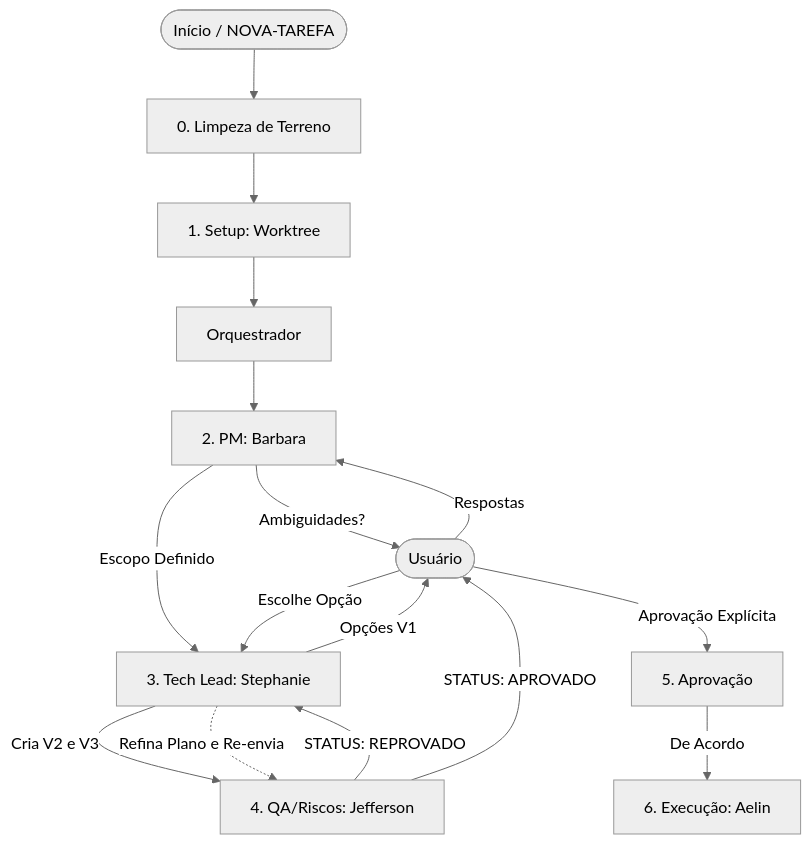
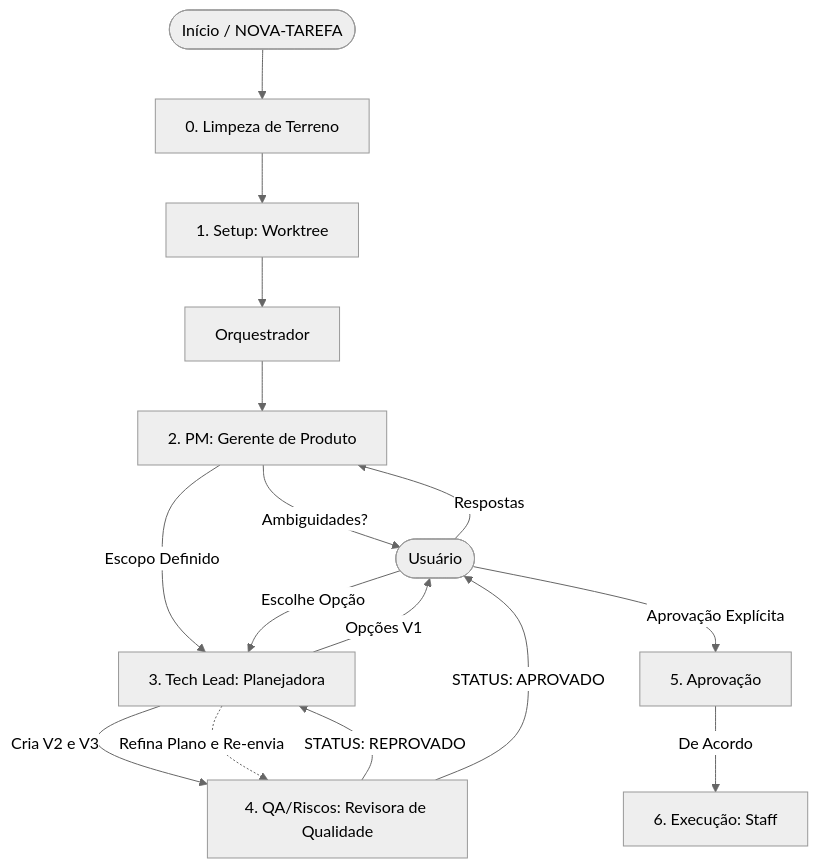
One commit to pipalabs/pi-code changed the diagram in skills/plan/SKILL.md. Above: the diagram before and after it, drawn with Mermaid (neutral theme). The commit also changed other lines of this file and 25 other files, not shown here.

````diff
--- a/skills/plan/SKILL.md
+++ b/skills/plan/SKILL.md
@@ -99,18 +99,18 @@
 ```mermaid
 graph TD
     Start([Início / NOVA-TAREFA]) --> Limpeza[0. Limpeza de Terreno]
     Limpeza --> Setup[1. Setup: Worktree]
     Setup --> Orquestrador[Orquestrador]
-    Orquestrador --> Barbara[2. PM: Barbara]
-    Barbara -->|Ambiguidades?| User([Usuário])
-    User -->|Respostas| Barbara
-    Barbara -->|Escopo Definido| Stephanie[3. Tech Lead: Stephanie]
-    Stephanie -->|Opções V1| User
-    User -->|Escolhe Opção| Stephanie
-    Stephanie -->|Cria V2 e V3| Jefferson[4. QA/Riscos: Jefferson]
-    Jefferson -->|STATUS: REPROVADO| Stephanie
-    Stephanie -.->|Refina Plano e Re-envia| Jefferson
-    Jefferson -->|STATUS: APROVADO| User
-    User -->|Aprovação Explícita| Aelin[5. Aprovação]
-    Aelin -->|De Acordo| Exec[6. Execução: Aelin]
+    Orquestrador --> GP[2. PM: Gerente de Produto]
+    GP -->|Ambiguidades?| User([Usuário])
+    User -->|Respostas| GP
+    GP -->|Escopo Definido| PL[3. Tech Lead: Planejadora]
+    PL -->|Opções V1| User
+    User -->|Escolhe Opção| PL
+    PL -->|Cria V2 e V3| RQ[4. QA/Riscos: Revisora de Qualidade]
+    RQ -->|STATUS: REPROVADO| PL
+    PL -.->|Refina Plano e Re-envia| RQ
+    RQ -->|STATUS: APROVADO| User
+    User -->|Aprovação Explícita| AP[5. Aprovação]
+    AP -->|De Acordo| Exec[6. Execução: Staff]
 ```
````
